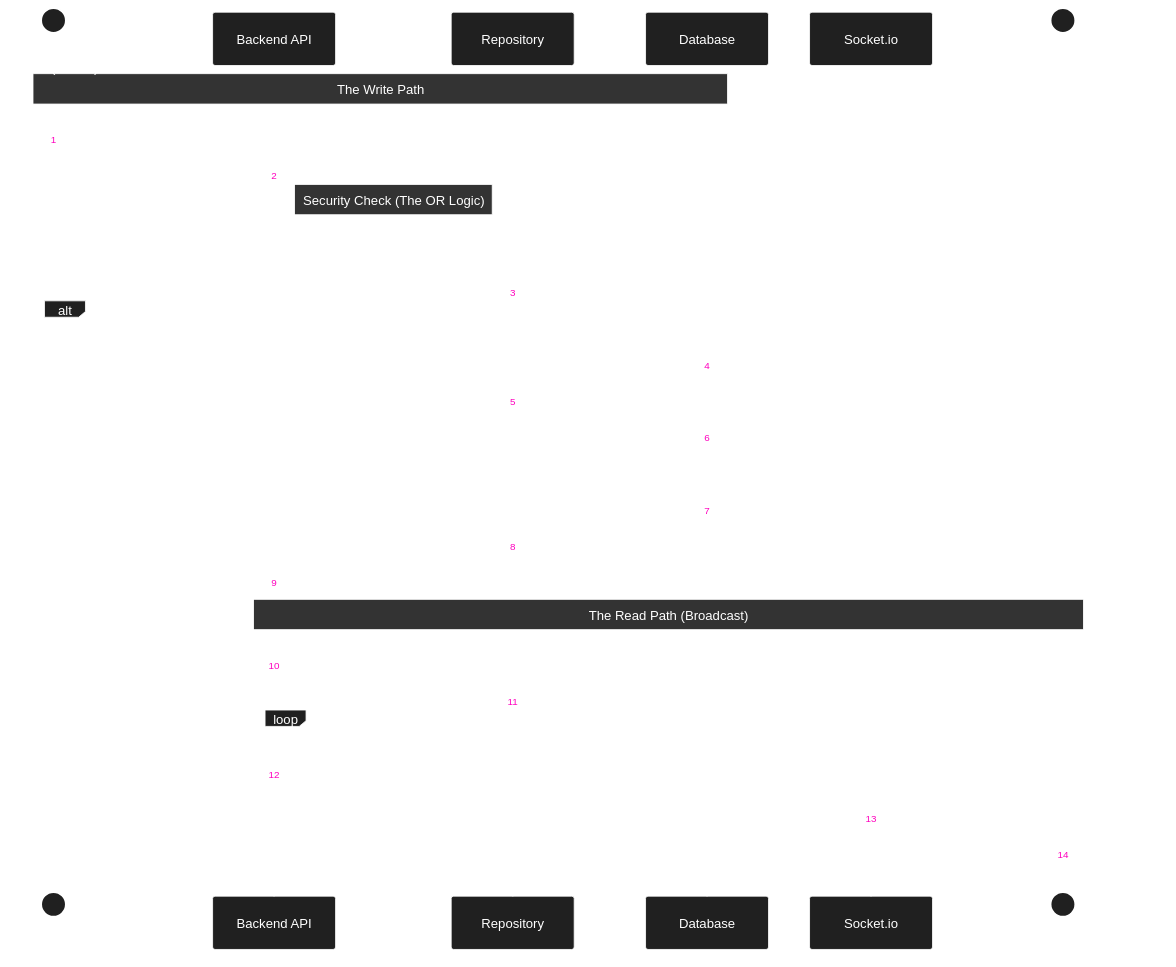
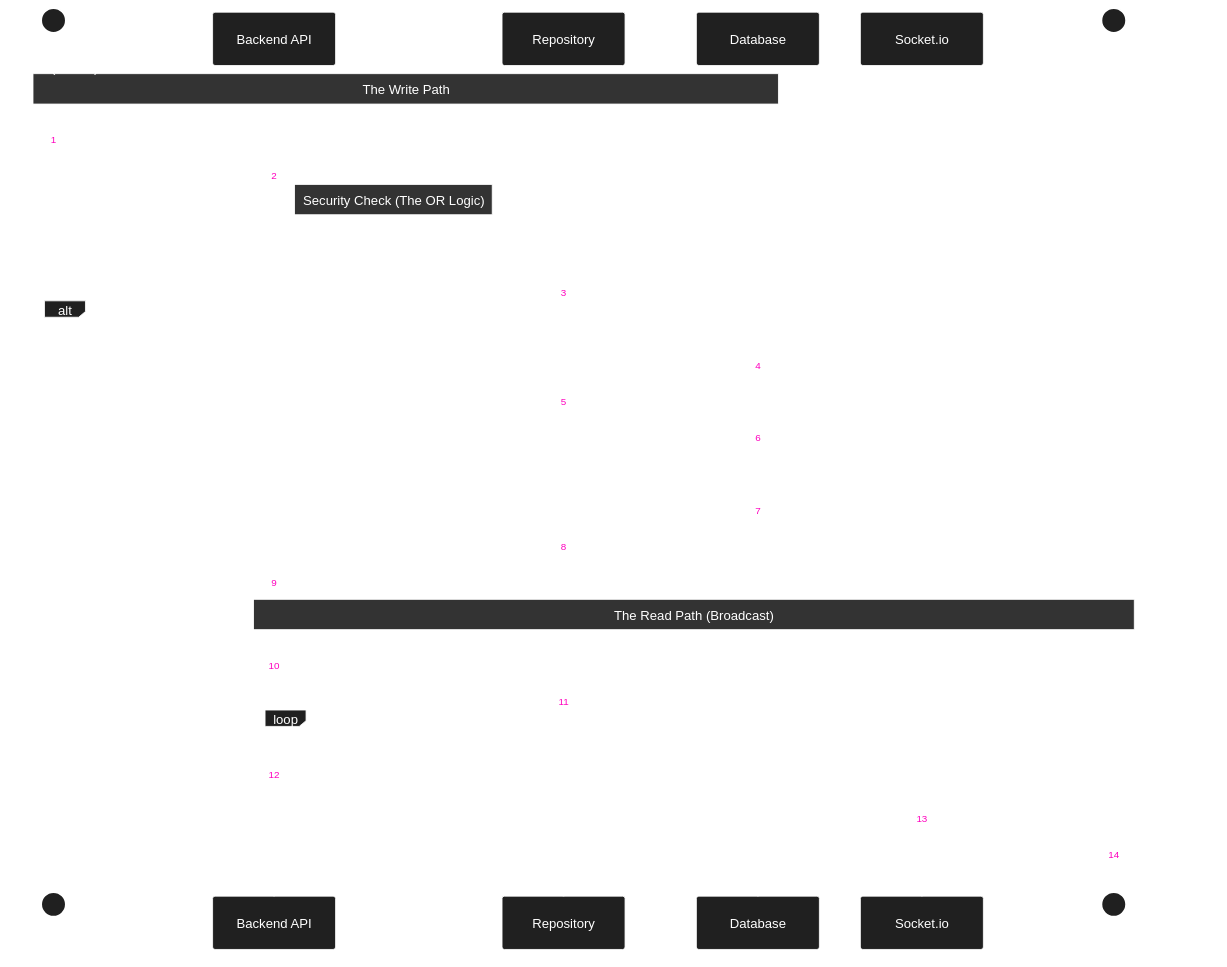
One commit to michaelgreenl/tally-tracker changed the diagram in docs/diagrams/sequence/counter/realtime-shared-increment.md. Above: the diagram before and after it, drawn with Mermaid. The commit also changed 6 other files, not shown here.

Commit message:
docs: align diagrams with implementation

````diff
--- a/docs/diagrams/sequence/counter/realtime-shared-increment.md
+++ b/docs/diagrams/sequence/counter/realtime-shared-increment.md
@@ -3,58 +3,58 @@
 ```mermaid
 %%{
   init: {
     'theme': 'base',
     'themeVariables': {
       'primaryColor': '#202020',
       'primaryTextColor': '#fff',
       'primaryBorderColor': '#ffffff',
       'lineColor': '#00ff41',
       'secondaryColor': '#006100',
       'tertiaryColor': '#fff',
       'noteBkgColor': '#333',
       'noteTextColor': '#fff',
       'noteBorderColor': '#fff'
     }
   }
 }%%
 
 sequenceDiagram
     autonumber
     actor Owner as User A (Owner)
     participant API as Backend API
     participant Repo as Repository
     participant DB as Database
     participant Socket as Socket.io
     actor Viewer as User B (Shared)
 
     Note over Owner, DB: The Write Path
     Owner->>API: PUT /increment (Amount: 1)
 
-    API->>Repo: increment({ counterId, userId })
+    API->>Repo: increment({ counterId, userId, amount })
 
     Note right of API: Security Check (The OR Logic)
     Repo->>DB: Find Counter where:<br/>1. User is Owner<br/>OR<br/>2. Share is ACCEPTED
 
     alt Permission Granted
         DB-->>Repo: Counter Found
         Repo->>DB: Update count
         DB-->>API: Updated Counter Data
     else Permission Denied
         DB-->>Repo: Null
         Repo-->>API: Null
-        API-->>Owner: 404/403 Error
+        API-->>Owner: 404 Not Found
     end
 
     Note over API, Viewer: The Read Path (Broadcast)
 
     API->>Repo: getParticipants(counterId)
     Repo-->>API: Returns [OwnerID, ViewerID]
 
     loop For Each Participant
-        API->>Socket: io.to(UserID).emit('counter-update')
+        API->>Socket: io.to(UserID).emit('counter-update', counter)
     end
 
     Socket-->>Viewer: Event: 'counter-update'
     Viewer->>Viewer: Store Updates State (UI Refreshes)
 
 ```
````
